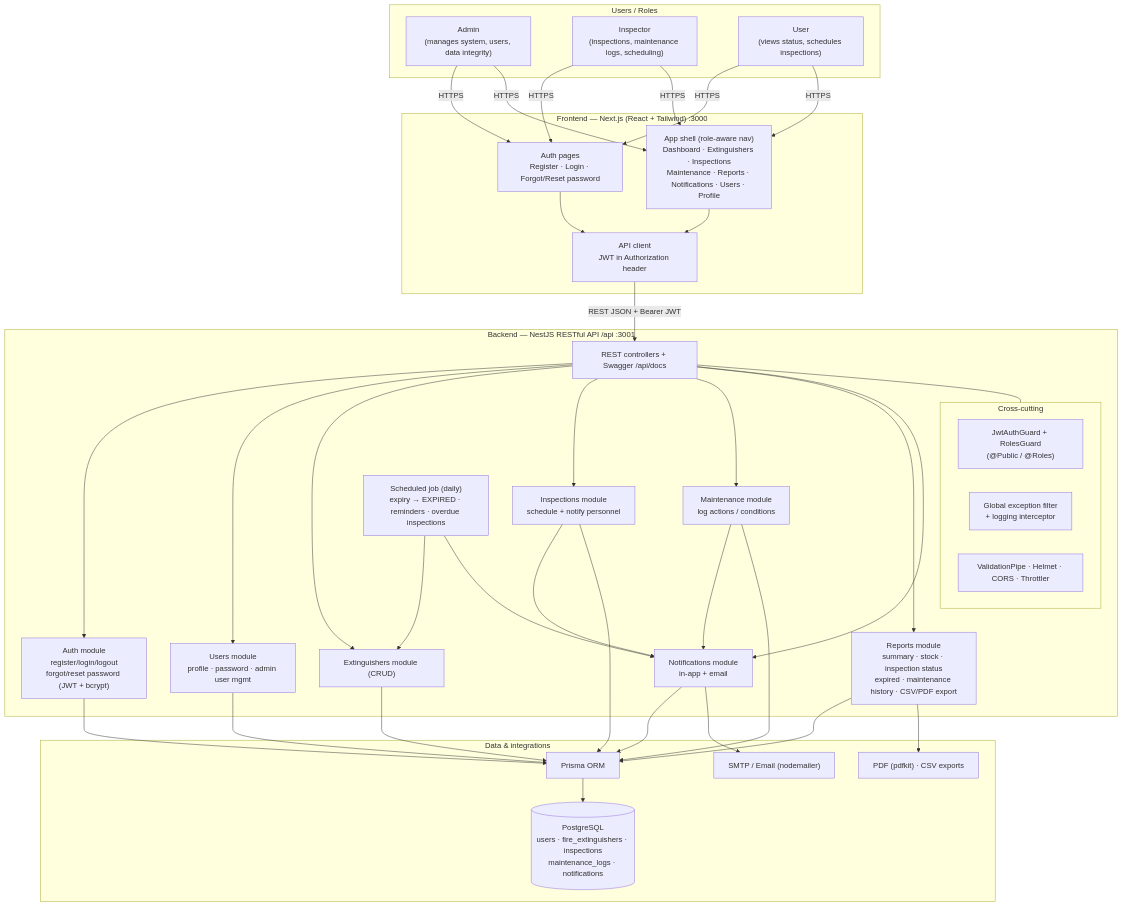
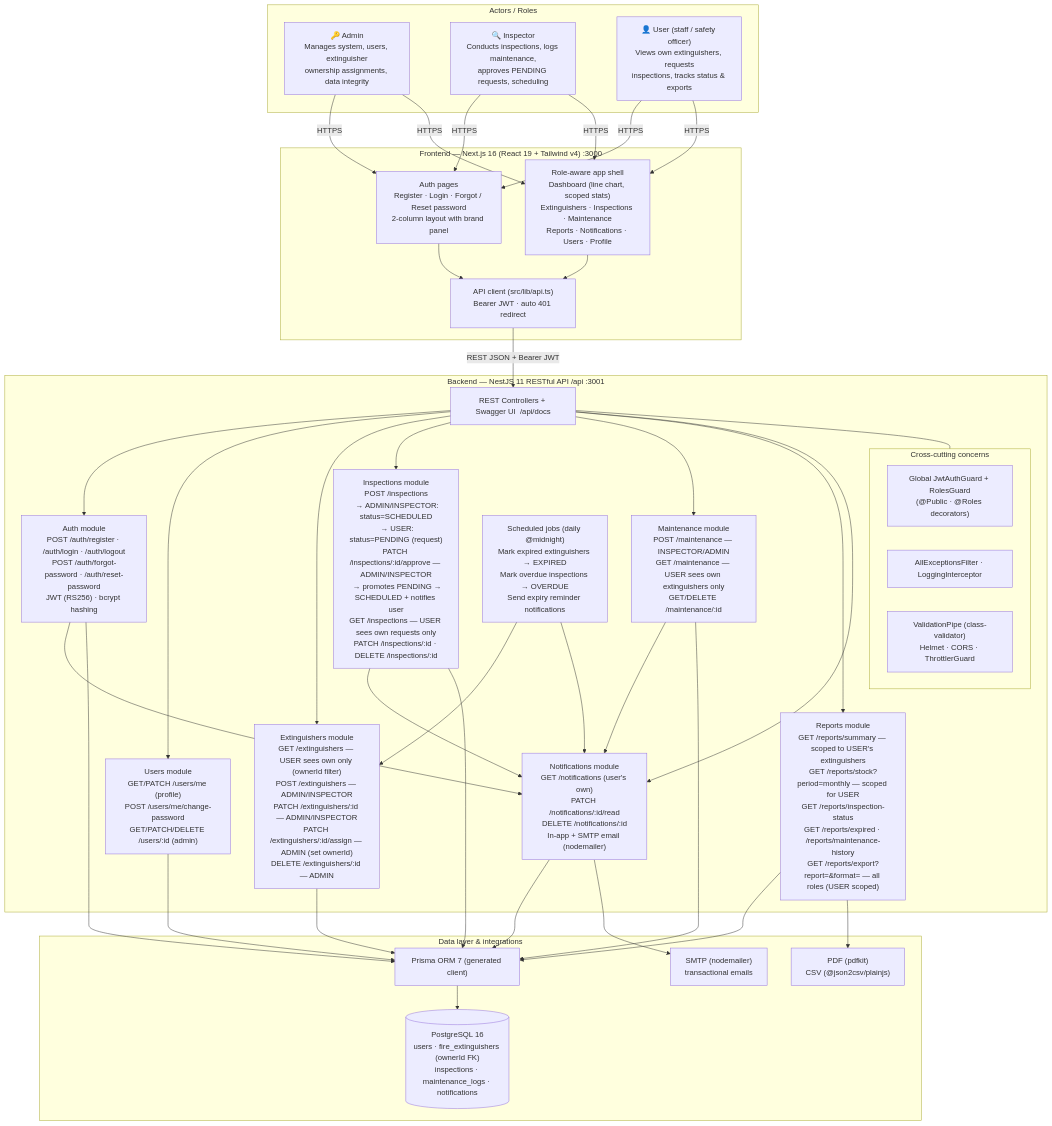
One commit to Ndahiroloicke/FEMS changed the diagram in docs/fems-architecture.mmd. Above: the diagram before and after it, drawn with Mermaid. The commit also changed 3 other files, not shown here.

```diff
--- a/docs/fems-architecture.mmd
+++ b/docs/fems-architecture.mmd
@@ -1,63 +1,62 @@
-%% Fire Extinguisher Management System (FEMS) — System Architecture
-%% RESTful (monolithic NestJS API — NOT microservices), per SRS.
+%% Fire Extinguisher Management System (FEMS) — System Architecture (v2)
+%% RESTful monolithic NestJS API — NOT microservices, per SRS.
+%% Updated: ownerId scoping, PENDING/APPROVED inspection workflow, user-scoped reports/export.
 %% Paste into https://mermaid.live or any Mermaid renderer.
 
 flowchart TB
-  subgraph actors["Users / Roles"]
-    admin["Admin<br/>(manages system, users, data integrity)"]
-    inspector["Inspector<br/>(inspections, maintenance logs, scheduling)"]
-    user["User<br/>(views status, schedules inspections)"]
+  subgraph actors["Actors / Roles"]
+    admin["🔑 Admin<br/>Manages system, users, extinguisher<br/>ownership assignments, data integrity"]
+    inspector["🔍 Inspector<br/>Conducts inspections, logs maintenance,<br/>approves PENDING requests, scheduling"]
+    user["👤 User (staff / safety officer)<br/>Views own extinguishers, requests<br/>inspections, tracks status & exports"]
   end
 
-  subgraph client["Frontend — Next.js (React + Tailwind) :3000"]
-    auth_ui["Auth pages<br/>Register · Login · Forgot/Reset password"]
-    app_ui["App shell (role-aware nav)<br/>Dashboard · Extinguishers · Inspections<br/>Maintenance · Reports · Notifications · Users · Profile"]
-    apiclient["API client<br/>JWT in Authorization header"]
+  subgraph client["Frontend — Next.js 16 (React 19 + Tailwind v4)  :3000"]
+    auth_ui["Auth pages<br/>Register · Login · Forgot / Reset password<br/>2-column layout with brand panel"]
+    app_ui["Role-aware app shell<br/>Dashboard (line chart, scoped stats)<br/>Extinguishers · Inspections · Maintenance<br/>Reports · Notifications · Users · Profile"]
+    apiclient["API client (src/lib/api.ts)<br/>Bearer JWT · auto 401 redirect"]
     auth_ui --> apiclient
     app_ui --> apiclient
   end
 
-  subgraph api["Backend — NestJS RESTful API  /api  :3001"]
-    rest["REST controllers + Swagger /api/docs"]
-    subgraph sec["Cross-cutting"]
-      guard["JwtAuthGuard + RolesGuard<br/>(@Public / @Roles)"]
-      filt["Global exception filter<br/>+ logging interceptor"]
-      valid["ValidationPipe · Helmet · CORS · Throttler"]
+  subgraph api["Backend — NestJS 11 RESTful API   /api   :3001"]
+    rest["REST Controllers + Swagger UI  /api/docs"]
+    subgraph sec["Cross-cutting concerns"]
+      guard["Global JwtAuthGuard + RolesGuard<br/>(@Public · @Roles decorators)"]
+      filt["AllExceptionsFilter · LoggingInterceptor"]
+      valid["ValidationPipe (class-validator)<br/>Helmet · CORS · ThrottlerGuard"]
     end
-    mod_auth["Auth module<br/>register/login/logout<br/>forgot/reset password (JWT + bcrypt)"]
-    mod_users["Users module<br/>profile · password · admin user mgmt"]
-    mod_ext["Extinguishers module (CRUD)"]
-    mod_insp["Inspections module<br/>schedule + notify personnel"]
-    mod_maint["Maintenance module<br/>log actions / conditions"]
-    mod_rep["Reports module<br/>summary · stock · inspection status<br/>expired · maintenance history · CSV/PDF export"]
-    mod_notif["Notifications module<br/>in-app + email"]
-    cron["Scheduled job (daily)<br/>expiry → EXPIRED · reminders · overdue inspections"]
+
+    mod_auth["Auth module<br/>POST /auth/register · /auth/login · /auth/logout<br/>POST /auth/forgot-password · /auth/reset-password<br/>JWT (RS256) · bcrypt hashing"]
+    mod_users["Users module<br/>GET/PATCH /users/me (profile)<br/>POST /users/me/change-password<br/>GET/PATCH/DELETE /users/:id (admin)"]
+    mod_ext["Extinguishers module<br/>GET /extinguishers — USER sees own only (ownerId filter)<br/>POST /extinguishers — ADMIN/INSPECTOR<br/>PATCH /extinguishers/:id — ADMIN/INSPECTOR<br/>PATCH /extinguishers/:id/assign — ADMIN (set ownerId)<br/>DELETE /extinguishers/:id — ADMIN"]
+    mod_insp["Inspections module<br/>POST /inspections<br/>  → ADMIN/INSPECTOR: status=SCHEDULED<br/>  → USER: status=PENDING (request)<br/>PATCH /inspections/:id/approve — ADMIN/INSPECTOR<br/>  → promotes PENDING → SCHEDULED + notifies user<br/>GET /inspections — USER sees own requests only<br/>PATCH /inspections/:id · DELETE /inspections/:id"]
+    mod_maint["Maintenance module<br/>POST /maintenance — INSPECTOR/ADMIN<br/>GET /maintenance — USER sees own extinguishers only<br/>GET/DELETE /maintenance/:id"]
+    mod_rep["Reports module<br/>GET /reports/summary — scoped to USER's extinguishers<br/>GET /reports/stock?period=monthly — scoped for USER<br/>GET /reports/inspection-status<br/>GET /reports/expired · /reports/maintenance-history<br/>GET /reports/export?report=&format= — all roles (USER scoped)"]
+    mod_notif["Notifications module<br/>GET /notifications (user's own)<br/>PATCH /notifications/:id/read<br/>DELETE /notifications/:id<br/>In-app + SMTP email (nodemailer)"]
+    cron["Scheduled jobs (daily @midnight)<br/>Mark expired extinguishers → EXPIRED<br/>Mark overdue inspections → OVERDUE<br/>Send expiry reminder notifications"]
+
     rest --> mod_auth & mod_users & mod_ext & mod_insp & mod_maint & mod_rep & mod_notif
     rest --- sec
-    cron --> mod_ext
-    cron --> mod_notif
+    cron --> mod_ext & mod_notif
     mod_insp --> mod_notif
     mod_maint --> mod_notif
+    mod_auth --> mod_notif
   end
 
-  subgraph data["Data & integrations"]
-    prisma["Prisma ORM"]
-    pg[("PostgreSQL<br/>users · fire_extinguishers · inspections<br/>maintenance_logs · notifications")]
-    smtp["SMTP / Email (nodemailer)"]
-    files["PDF (pdfkit) · CSV exports"]
+  subgraph data["Data layer & integrations"]
+    prisma["Prisma ORM 7 (generated client)"]
+    pg[("PostgreSQL 16<br/>users · fire_extinguishers (ownerId FK)<br/>inspections · maintenance_logs · notifications")]
+    smtp["SMTP (nodemailer)<br/>transactional emails"]
+    files["PDF (pdfkit)<br/>CSV (@json2csv/plainjs)"]
     prisma --> pg
   end
 
-  admin & inspector & user -->|HTTPS| auth_ui
+  admin -->|HTTPS| auth_ui
+  inspector -->|HTTPS| auth_ui
+  user -->|HTTPS| auth_ui
   admin & inspector & user -->|HTTPS| app_ui
   apiclient -->|REST JSON + Bearer JWT| rest
 
-  mod_auth --> prisma
-  mod_users --> prisma
-  mod_ext --> prisma
-  mod_insp --> prisma
-  mod_maint --> prisma
-  mod_rep --> prisma
-  mod_notif --> prisma
+  mod_auth & mod_users & mod_ext & mod_insp & mod_maint & mod_rep & mod_notif --> prisma
   mod_notif --> smtp
   mod_rep --> files
```
